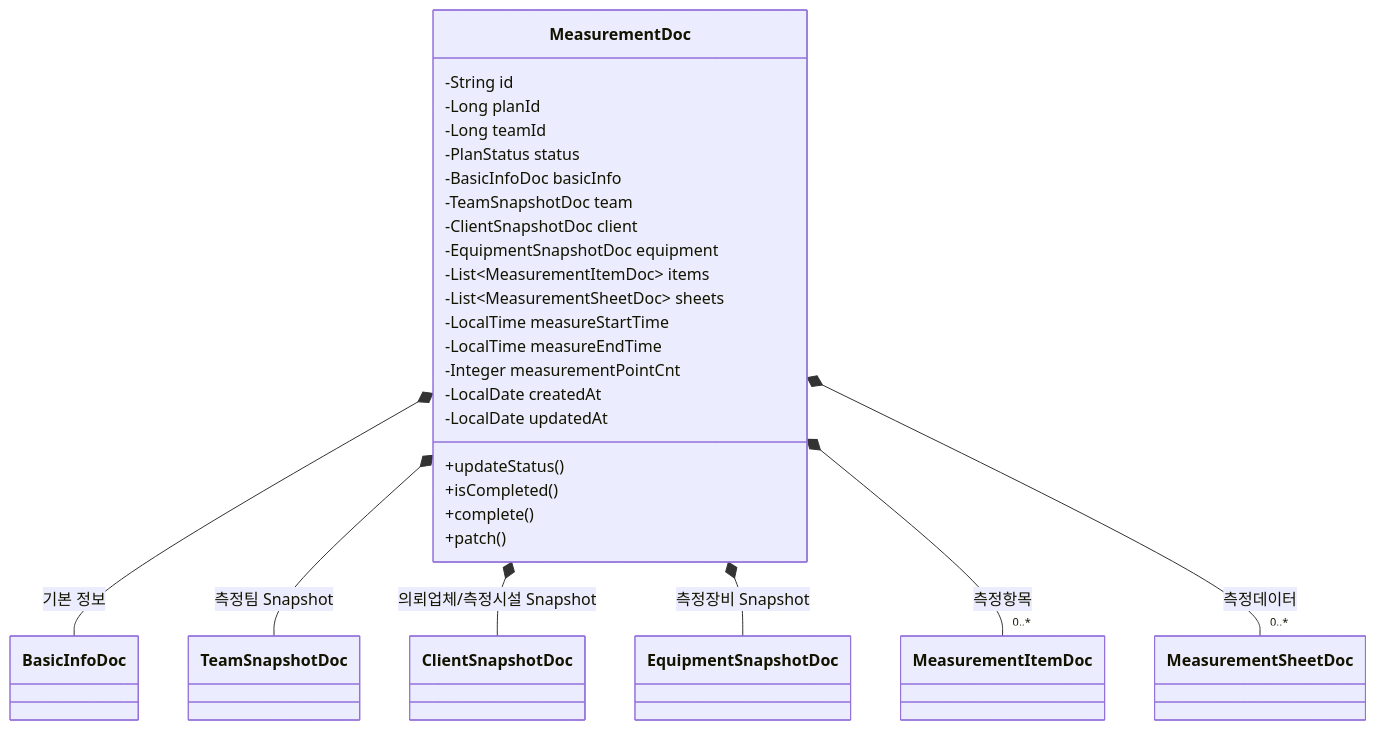
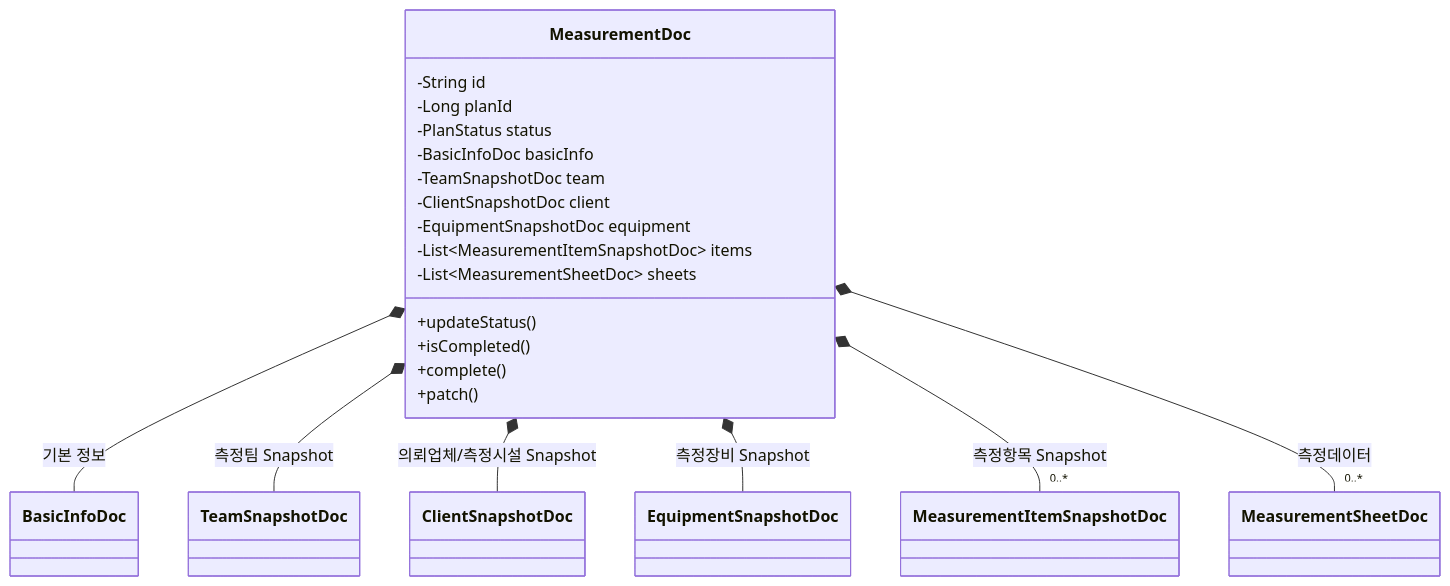
The diagram in docs/architecture/class-diagrams/measurement-domain.md (Arang0109/ensolution-backend), drawn with Mermaid before and after one commit. The commit also changed 114 other files, not shown here.

````diff
--- a/docs/architecture/class-diagrams/measurement-domain.md
+++ b/docs/architecture/class-diagrams/measurement-domain.md
@@ -3,46 +3,37 @@
 ```mermaid
 classDiagram
     MeasurementDoc *-- BasicInfoDoc : 기본 정보
     MeasurementDoc *-- TeamSnapshotDoc : 측정팀 Snapshot
     MeasurementDoc *-- ClientSnapshotDoc : 의뢰업체/측정시설 Snapshot
     MeasurementDoc *-- EquipmentSnapshotDoc : 측정장비 Snapshot
-    MeasurementDoc *-- "0..*" MeasurementItemDoc : 측정항목
+    MeasurementDoc *-- "0..*" MeasurementItemSnapshotDoc : 측정항목 Snapshot
     MeasurementDoc *-- "0..*" MeasurementSheetDoc : 측정데이터
     
     class MeasurementDoc {
         -String id
         -Long planId
-        -Long teamId
         -PlanStatus status
         
         -BasicInfoDoc basicInfo
         
         -TeamSnapshotDoc team
         -ClientSnapshotDoc client
         -EquipmentSnapshotDoc equipment
         
-        -List~MeasurementItemDoc~ items
+        -List~MeasurementItemSnapshotDoc~ items
         -List~MeasurementSheetDoc~ sheets
-        
-        -LocalTime measureStartTime
-        -LocalTime measureEndTime
-        -Integer measurementPointCnt
-        
-        -LocalDate createdAt
-        -LocalDate updatedAt
 
         +updateStatus()
         +isCompleted()
         +complete()
         +patch()
     }
     
     class BasicInfoDoc
     
     class TeamSnapshotDoc
     class ClientSnapshotDoc
     class EquipmentSnapshotDoc
-    
-    class MeasurementItemDoc
+    class MeasurementItemSnapshotDoc
     class MeasurementSheetDoc
 ```
````
